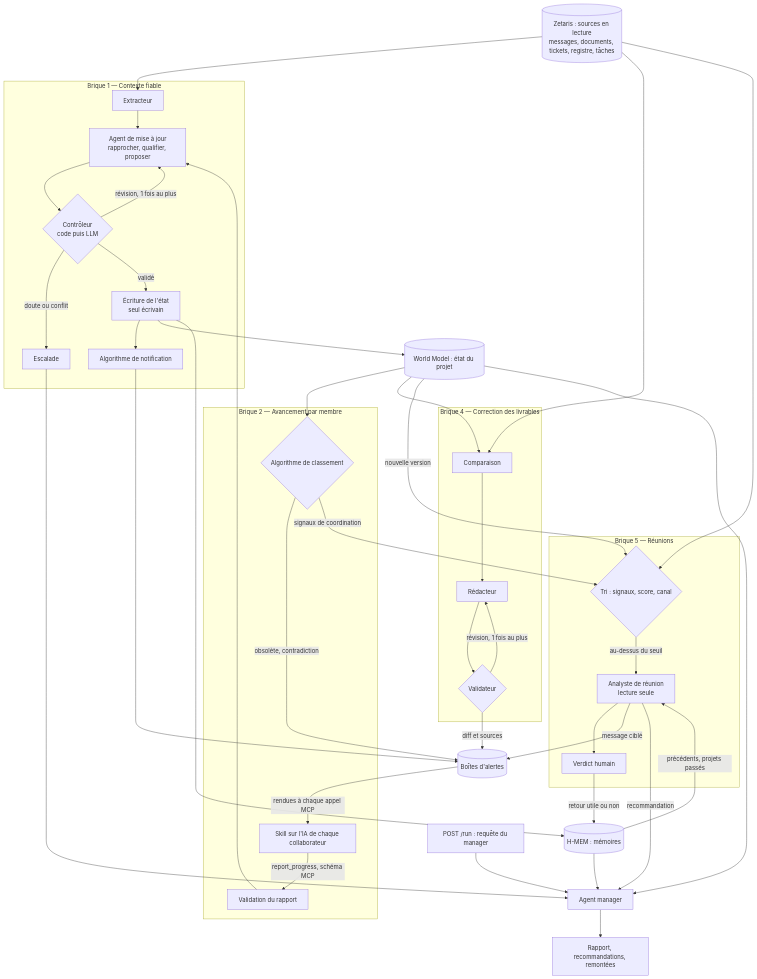
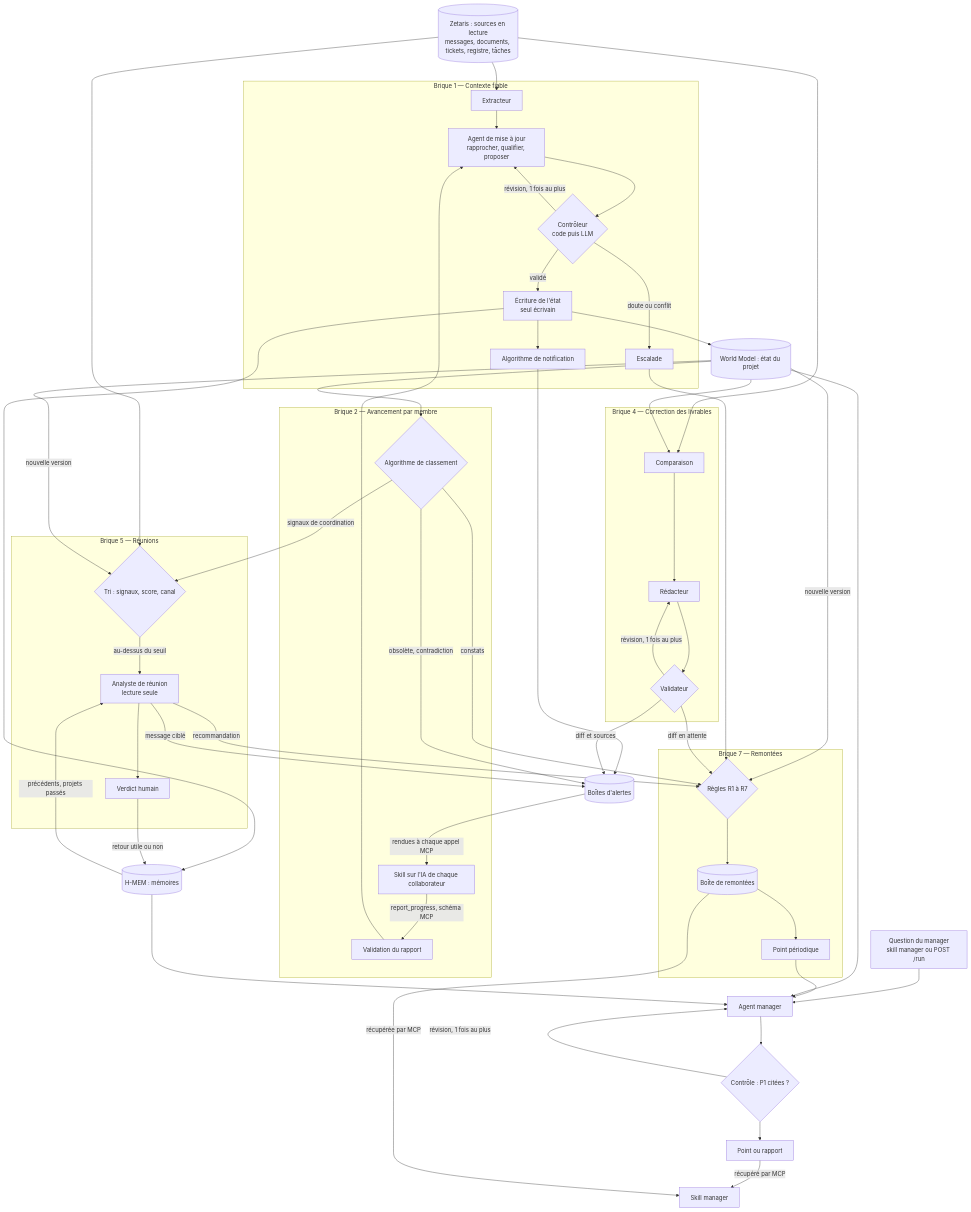
One commit to abouchet109-del/Hackathon-GenAI-public changed the third of 3 diagrams in docs/architecture.md. Above: the diagram before and after it, drawn with Mermaid. The commit also changed other lines of this file and 5 other files, not shown here.

First line of the commit message:
Add brique 7: escalations to the manager and the manager view

````diff
--- a/docs/architecture.md
+++ b/docs/architecture.md
@@ -196,48 +415,60 @@
 ```mermaid
 flowchart TD
   ZET[("Zetaris : sources en lecture<br/>messages, documents, tickets, registre, tâches")]
   subgraph B1["Brique 1 — Contexte fiable"]
     EX["Extracteur"] --> MAJ["Agent de mise à jour<br/>rapprocher, qualifier, proposer"]
     MAJ --> CTL{"Contrôleur<br/>code puis LLM"}
     CTL -->|"révision, 1 fois au plus"| MAJ
     CTL -->|"doute ou conflit"| ESC["Escalade"]
     CTL -->|"validé"| WR["Écriture de l'état<br/>seul écrivain"]
     WR --> NOTIF["Algorithme de notification"]
   end
   subgraph B2["Brique 2 — Avancement par membre"]
     SK["Skill sur l'IA de chaque collaborateur"] -->|"report_progress, schéma MCP"| RP["Validation du rapport"]
     CL{"Algorithme de classement"}
   end
   subgraph B4["Brique 4 — Correction des livrables"]
     CMP["Comparaison"] --> RED["Rédacteur"]
     RED --> VAL{"Validateur"}
     VAL -->|"révision, 1 fois au plus"| RED
   end
   subgraph B5["Brique 5 — Réunions"]
     TRI{"Tri : signaux, score, canal"} -->|"au-dessus du seuil"| AR["Analyste de réunion<br/>lecture seule"]
     AR --> VERD["Verdict humain"]
   end
   ZET --> EX
   ZET --> CMP
   ZET --> TRI
   RP --> MAJ
   WR --> WM[("World Model : état du projet")]
   WR --> HM[("H-MEM : mémoires")]
   NOTIF --> BOX[("Boîtes d'alertes")]
   BOX -->|"rendues à chaque appel MCP"| SK
   WM --> CL
   WM --> CMP
   CL -->|"obsolète, contradiction"| BOX
   CL -->|"signaux de coordination"| TRI
   WM -->|"nouvelle version"| TRI
   HM -->|"précédents, projets passés"| AR
   VAL -->|"diff et sources"| BOX
   AR -->|"message ciblé"| BOX
   VERD -->|"retour utile ou non"| HM
-  RUN["POST /run : requête du manager"] --> MGR["Agent manager"]
+  subgraph B7["Brique 7 — Remontées"]
+    RR{"Règles R1 à R7"} --> RBOX[("Boîte de remontées")]
+    RBOX --> PT["Point périodique"]
+  end
+  WM -->|"nouvelle version"| RR
+  CL -->|"constats"| RR
+  ESC --> RR
+  VAL -->|"diff en attente"| RR
+  AR -->|"recommandation"| RR
+  RUN["Question du manager<br/>skill manager ou POST /run"] --> MGR["Agent manager"]
+  PT --> MGR
   WM --> MGR
   HM --> MGR
-  ESC --> MGR
-  AR -->|"recommandation"| MGR
-  MGR --> OUT["Rapport, recommandations, remontées"]
+  MGR --> CHK{"Contrôle : P1 citées ?"}
+  CHK -->|"révision, 1 fois au plus"| MGR
+  CHK --> OUT["Point ou rapport"]
+  OUT -->|"récupéré par MCP"| SKM["Skill manager"]
+  RBOX -->|"récupérée par MCP"| SKM
 ```
````
